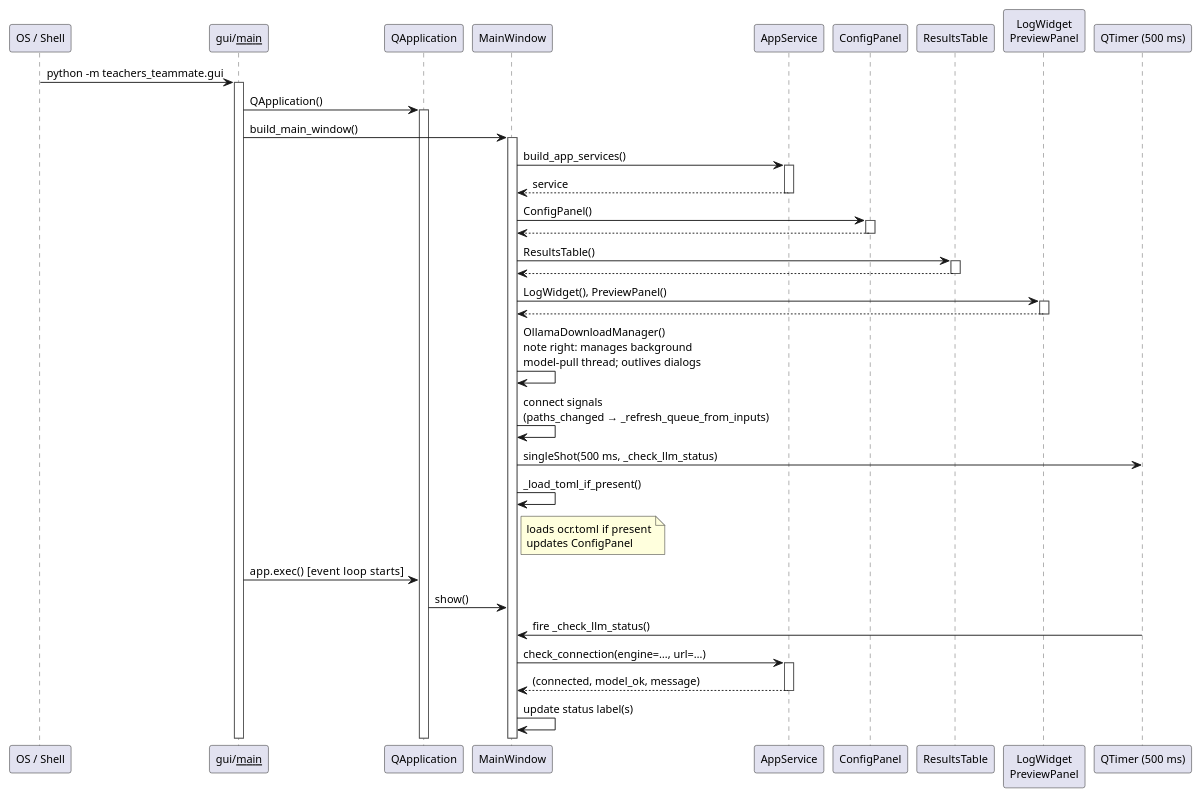
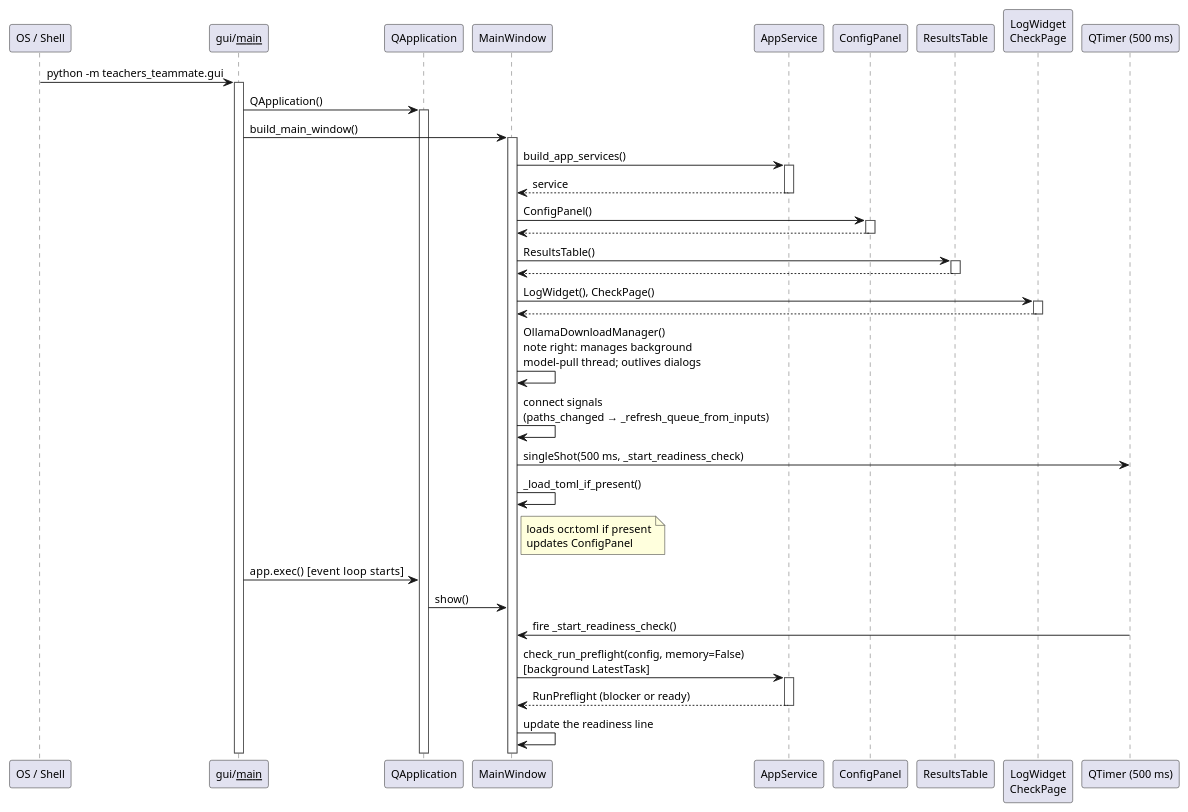
One commit to JoHoenk/teachers-teammate changed the diagram in docs/assets/sequence_gui_init.puml. Above: the diagram before and after it, drawn with PlantUML. The commit also changed 20 other files, not shown here.

```diff
--- a/docs/assets/sequence_gui_init.puml
+++ b/docs/assets/sequence_gui_init.puml
@@ -1,59 +1,59 @@
 @startuml Teacher's Teammate — GUI Initialisation
 
 skinparam defaultFontSize 12
 skinparam sequenceArrowThickness 1
 skinparam sequenceGroupBorderColor #888888
 skinparam sequenceLifeLineBorderColor #555555
 skinparam shadowing false
 skinparam noteBackgroundColor #FFFFDD
 
 participant "OS / Shell"        as OS
 participant "gui/__main__"      as MAIN
 participant "QApplication"      as QAPP
 participant "MainWindow"        as WIN
 participant "AppService"        as SVC
 participant "ConfigPanel"       as CPANEL
 participant "ResultsTable"      as TABLE
-participant "LogWidget\nPreviewPanel" as PANE
+participant "LogWidget\nCheckPage" as PANE
 participant "QTimer (500 ms)"   as TIMER
 
 OS -> MAIN             : python -m teachers_teammate.gui
 activate MAIN
 MAIN -> QAPP           : QApplication()
 activate QAPP
 MAIN -> WIN            : build_main_window()
 activate WIN
 
 WIN -> SVC             : build_app_services()
 activate SVC
 SVC --> WIN            : service
 deactivate SVC
 WIN -> CPANEL          : ConfigPanel()
 activate CPANEL
 CPANEL --> WIN         :
 deactivate CPANEL
 WIN -> TABLE           : ResultsTable()
 activate TABLE
 TABLE --> WIN          :
 deactivate TABLE
-WIN -> PANE            : LogWidget(), PreviewPanel()
+WIN -> PANE            : LogWidget(), CheckPage()
 activate PANE
 PANE --> WIN           :
 deactivate PANE
 WIN -> WIN             : OllamaDownloadManager()\nnote right: manages background\nmodel-pull thread; outlives dialogs
 WIN -> WIN             : connect signals\n(paths_changed → _refresh_queue_from_inputs)
-WIN -> TIMER           : singleShot(500 ms, _check_llm_status)
+WIN -> TIMER           : singleShot(500 ms, _start_readiness_check)
 WIN -> WIN             : _load_toml_if_present()
 note right WIN         : loads ocr.toml if present\nupdates ConfigPanel
 
 MAIN -> QAPP           : app.exec()   [event loop starts]
 QAPP -> WIN            : show()
 
-TIMER -> WIN           : fire _check_llm_status()
-WIN -> SVC             : check_connection(engine=…, url=…)
+TIMER -> WIN           : fire _start_readiness_check()
+WIN -> SVC             : check_run_preflight(config, memory=False)\n[background LatestTask]
 activate SVC
-SVC --> WIN            : (connected, model_ok, message)
+SVC --> WIN            : RunPreflight (blocker or ready)
 deactivate SVC
-WIN -> WIN             : update status label(s)
+WIN -> WIN             : update the readiness line
 
 @enduml
```
